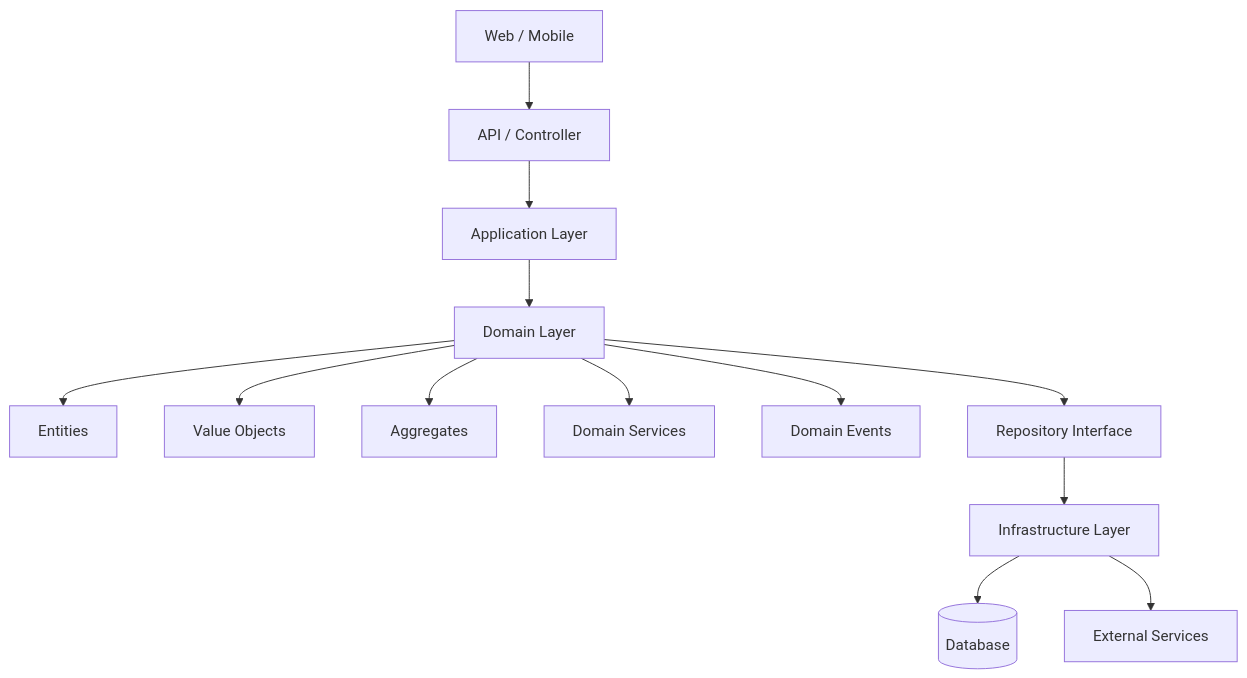
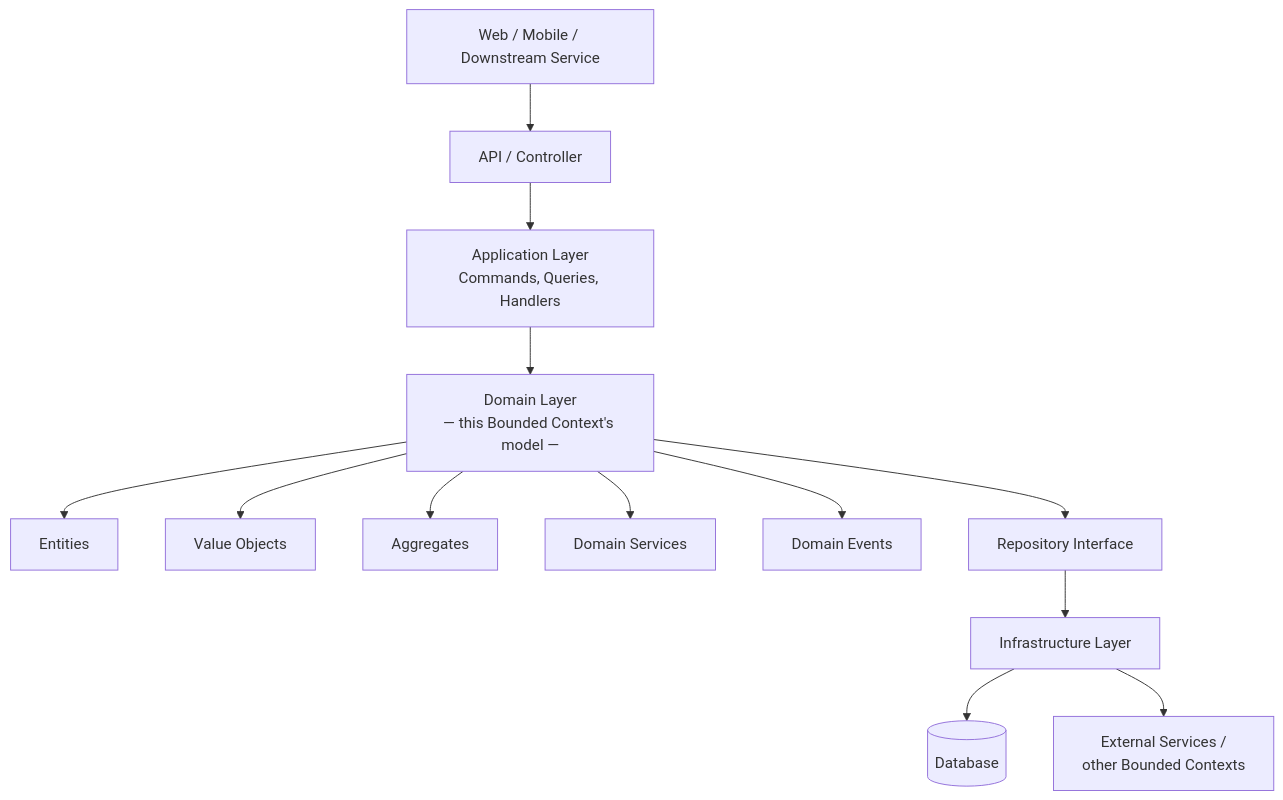
Before and after one commit to umashankarp/InterviewQuestions: the first of 5 diagrams in 31-Domain-Driven-Design/01-StrategicDDD-UbiquitousLanguage-BoundedContexts-ContextMapping.md, drawn with Mermaid. The commit also changed other lines of this file and 25 other files, not shown here.

````diff
--- a/31-Domain-Driven-Design/01-StrategicDDD-UbiquitousLanguage-BoundedContexts-ContextMapping.md
+++ b/31-Domain-Driven-Design/01-StrategicDDD-UbiquitousLanguage-BoundedContexts-ContextMapping.md
@@ -13,24 +27,15 @@
 ```mermaid
 flowchart TB
-
- Client[Web / Mobile]
-
- Client --> API[API / Controller]
-
- API --> Application[Application Layer]
-
- Application --> Domain[Domain Layer]
-
+ Client[Web / Mobile / Downstream Service] --> API[API / Controller]
+ API --> Application[Application Layer<br/>Commands, Queries, Handlers]
+ Application --> Domain[Domain Layer<br/>— this Bounded Context's model —]
  Domain --> Entity[Entities]
  Domain --> VO[Value Objects]
  Domain --> Aggregate[Aggregates]
  Domain --> DomainService[Domain Services]
  Domain --> Events[Domain Events]
  Domain --> Repository[Repository Interface]
-
  Repository --> Infrastructure[Infrastructure Layer]
-
  Infrastructure --> DB[(Database)]
-
- Infrastructure --> External[External Services]
+ Infrastructure --> External[External Services /<br/>other Bounded Contexts]
 ```
````
